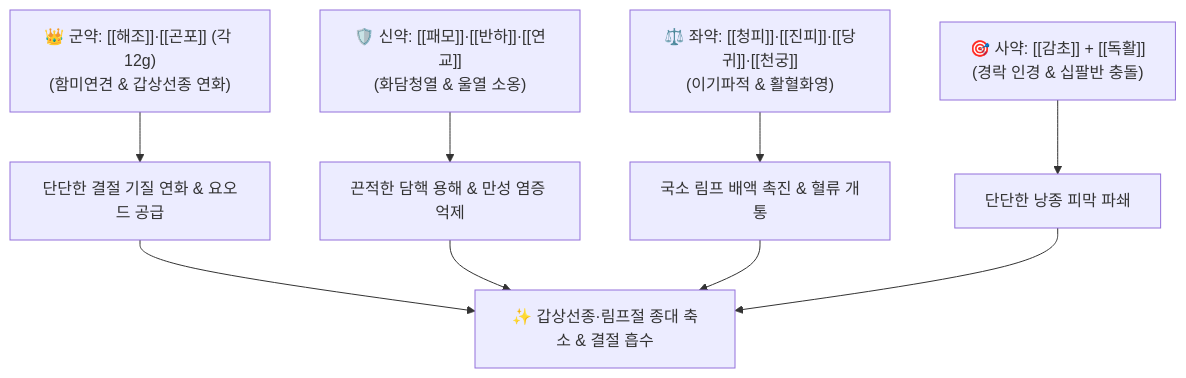
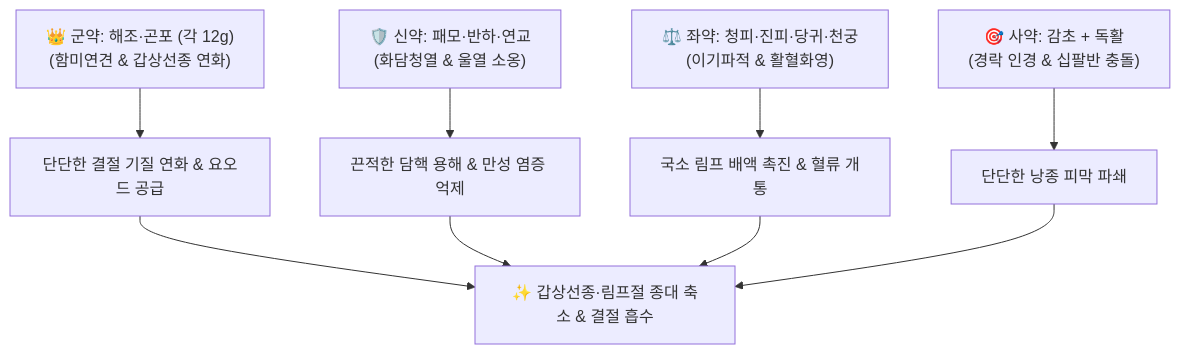
The diagram in content/2. 약리 공부/처방/03_화담·거습·이수제/해조옥호탕.md (simbio11/simbio-digital-garden2), drawn with Mermaid before and after one commit. The commit also changed other lines of this file and 122 other files, not shown here.

````diff
--- a/content/2. 약리 공부/처방/03_화담·거습·이수제/해조옥호탕.md
+++ b/content/2. 약리 공부/처방/03_화담·거습·이수제/해조옥호탕.md
@@ -59,11 +59,11 @@
 ```mermaid
 graph TD
-    Gun["👑 군약: [[해조]]·[[곤포]] (각 12g)<br>(함미연견 & 갑상선종 연화)"] --> Soften["단단한 결절 기질 연화 & 요오드 공급"]
-    Sin["🛡️ 신약: [[패모]]·[[반하]]·[[연교]]<br>(화담청열 & 울열 소옹)"] --> Dissolve["끈적한 담핵 용해 & 만성 염증 억제"]
-    Jwa["⚖️ 좌약: [[청피]]·[[진피]]·[[당귀]]·[[천궁]]<br>(이기파적 & 활혈화영)"] --> Circulate["국소 림프 배액 촉진 & 혈류 개통"]
-    Sa["🎯 사약: [[감초]] + [[독활]]<br>(경락 인경 & 십팔반 충돌)"] --> Strike["단단한 낭종 피막 파쇄"]
+    Gun["👑 군약: 해조·곤포 (각 12g)<br>(함미연견 & 갑상선종 연화)"] --> Soften["단단한 결절 기질 연화 & 요오드 공급"]
+    Sin["🛡️ 신약: 패모·반하·연교<br>(화담청열 & 울열 소옹)"] --> Dissolve["끈적한 담핵 용해 & 만성 염증 억제"]
+    Jwa["⚖️ 좌약: 청피·진피·당귀·천궁<br>(이기파적 & 활혈화영)"] --> Circulate["국소 림프 배액 촉진 & 혈류 개통"]
+    Sa["🎯 사약: 감초 + 독활<br>(경락 인경 & 십팔반 충돌)"] --> Strike["단단한 낭종 피막 파쇄"]
     Soften --> Outcome["✨ 갑상선종·림프절 종대 축소 & 결절 흡수"]
     Dissolve --> Outcome
     Circulate --> Outcome
     Strike --> Outcome
 ```
````
